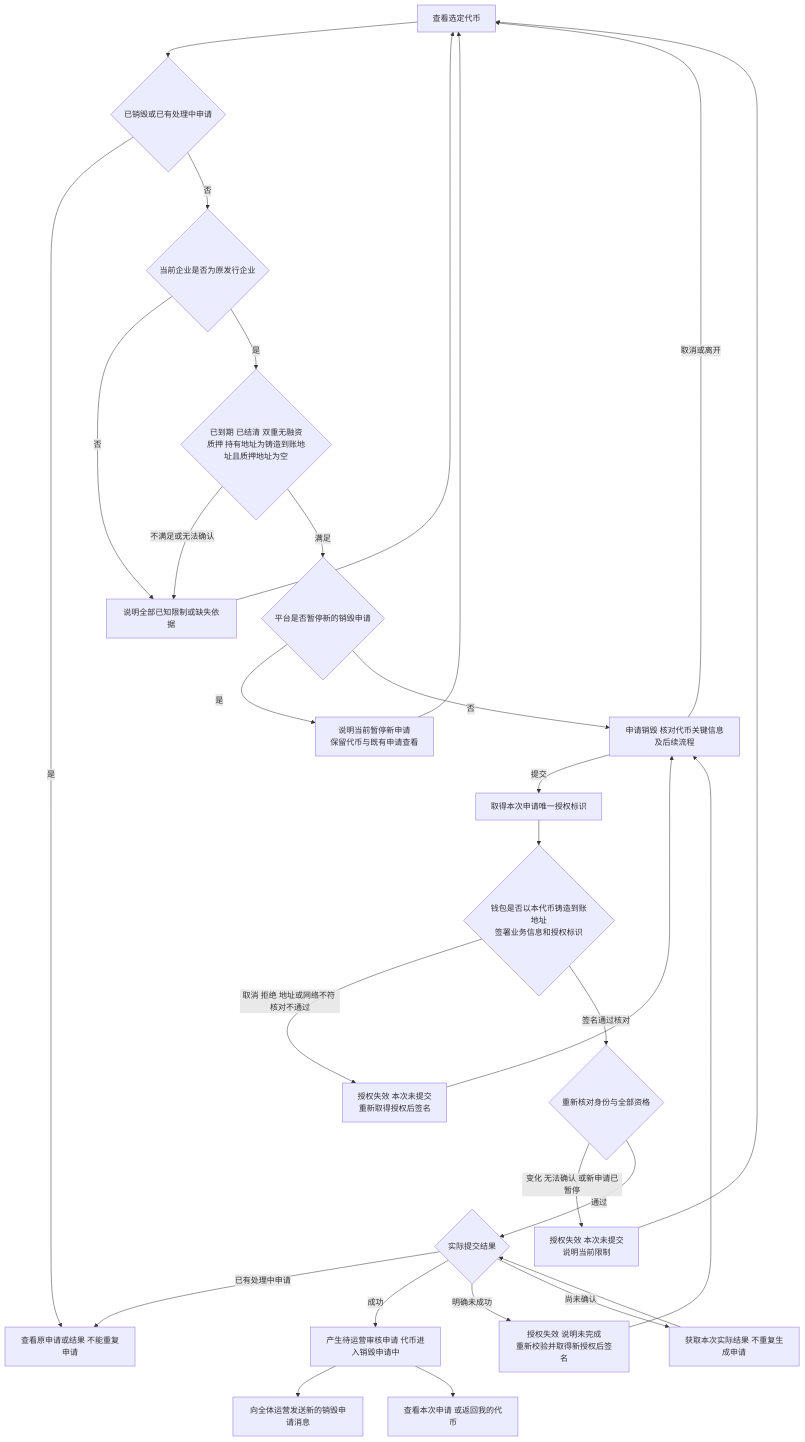
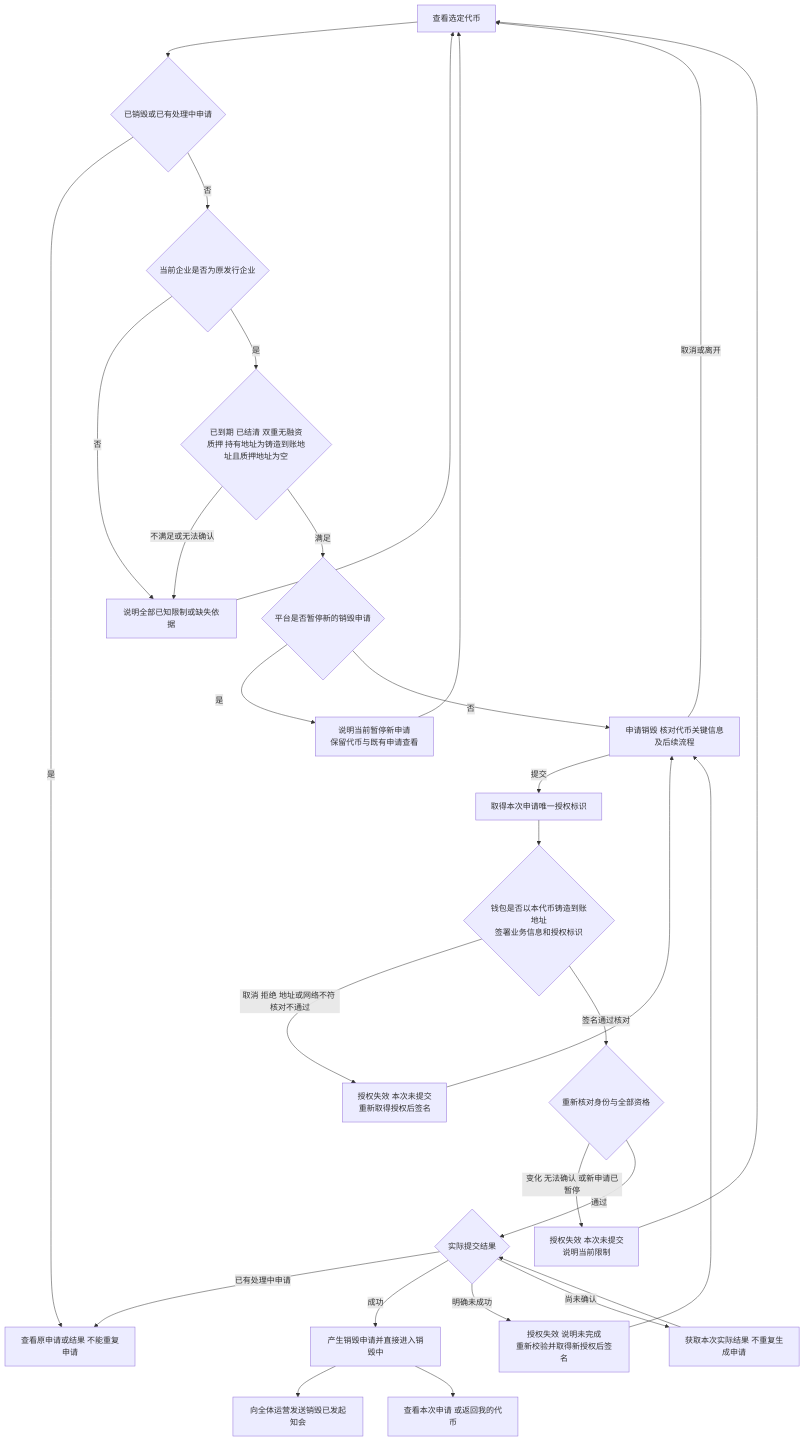
One commit to wxblockchain/Chain-Financing changed the second of 4 diagrams in token-issuance-platform/PRD/面客端/M4a-我的代币与销毁申请/02-我的代币与销毁申请-流程图与状态机.md. Above: the diagram before and after it, drawn with Mermaid. The commit also changed other lines of this file and 16 other files, not shown here.

````diff
--- a/token-issuance-platform/PRD/面客端/M4a-我的代币与销毁申请/02-我的代币与销毁申请-流程图与状态机.md
+++ b/token-issuance-platform/PRD/面客端/M4a-我的代币与销毁申请/02-我的代币与销毁申请-流程图与状态机.md
@@ -42,31 +42,31 @@
 ```mermaid
 flowchart TD
     A[查看选定代币] --> B{已销毁或已有处理中申请}
     B -->|是| C[查看原申请或结果 不能重复申请]
     B -->|否| X{当前企业是否为原发行企业}
     X -->|否| E[说明全部已知限制或缺失依据]
     X -->|是| D{已到期 已结清 双重无融资质押 持有地址为铸造到账地址且质押地址为空}
     D -->|不满足或无法确认| E[说明全部已知限制或缺失依据]
     E --> A
     D -->|满足| P{平台是否暂停新的销毁申请}
     P -->|是| Q[说明当前暂停新申请<br/>保留代币与既有申请查看]
     Q --> A
     P -->|否| F[申请销毁 核对代币关键信息及后续流程]
     F -->|取消或离开| A
     F -->|提交| R[取得本次申请唯一授权标识]
     R --> S{钱包是否以本代币铸造到账地址<br/>签署业务信息和授权标识}
     S -->|取消 拒绝 地址或网络不符 核对不通过| T[授权失效 本次未提交<br/>重新取得授权后签名]
     T --> F
     S -->|签名通过核对| G{重新核对身份与全部资格}
     G -->|变化 无法确认 或新申请已暂停| H[授权失效 本次未提交<br/>说明当前限制]
     H --> A
     G -->|通过| I{实际提交结果}
     I -->|已有处理中申请| C
-    I -->|成功| J[产生待运营审核申请 代币进入销毁申请中]
-    J --> K[向全体运营发送新的销毁申请消息]
+    I -->|成功| J[产生销毁申请并直接进入销毁中]
+    J --> K[向全体运营发送销毁已发起知会]
     J --> L[查看本次申请 或返回我的代币]
     I -->|明确未成功| M[授权失效 说明未完成<br/>重新校验并取得新授权后签名]
     M --> F
     I -->|尚未确认| N[获取本次实际结果 不重复生成申请]
     N --> I
 ```
````
